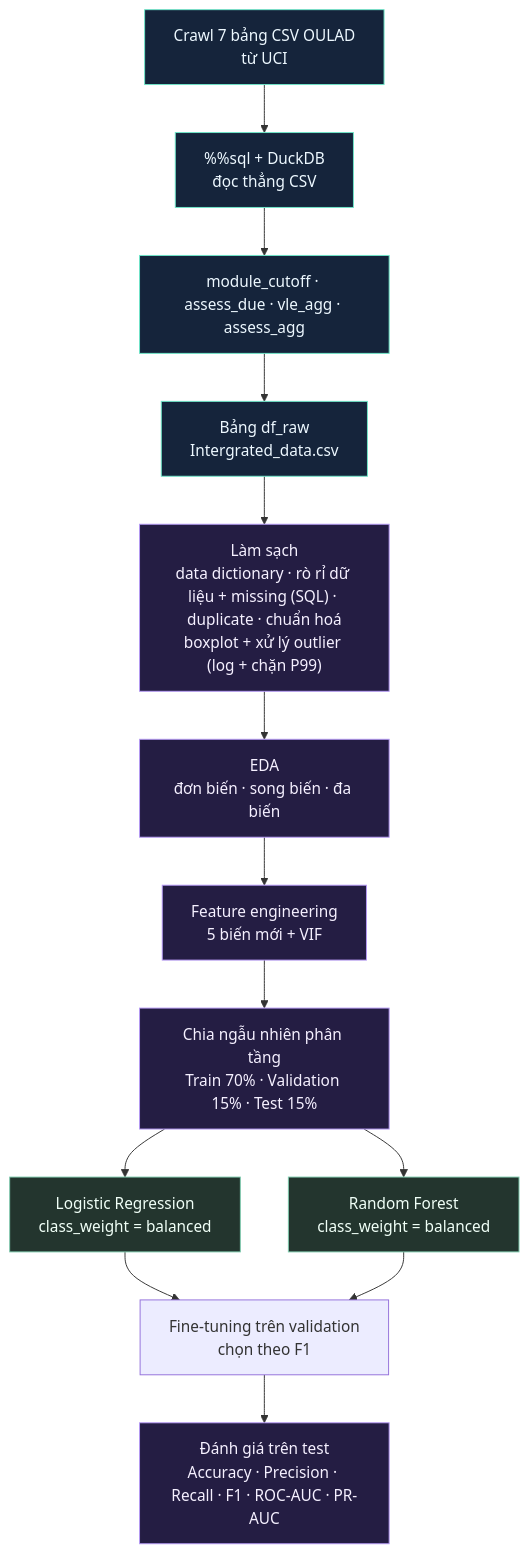
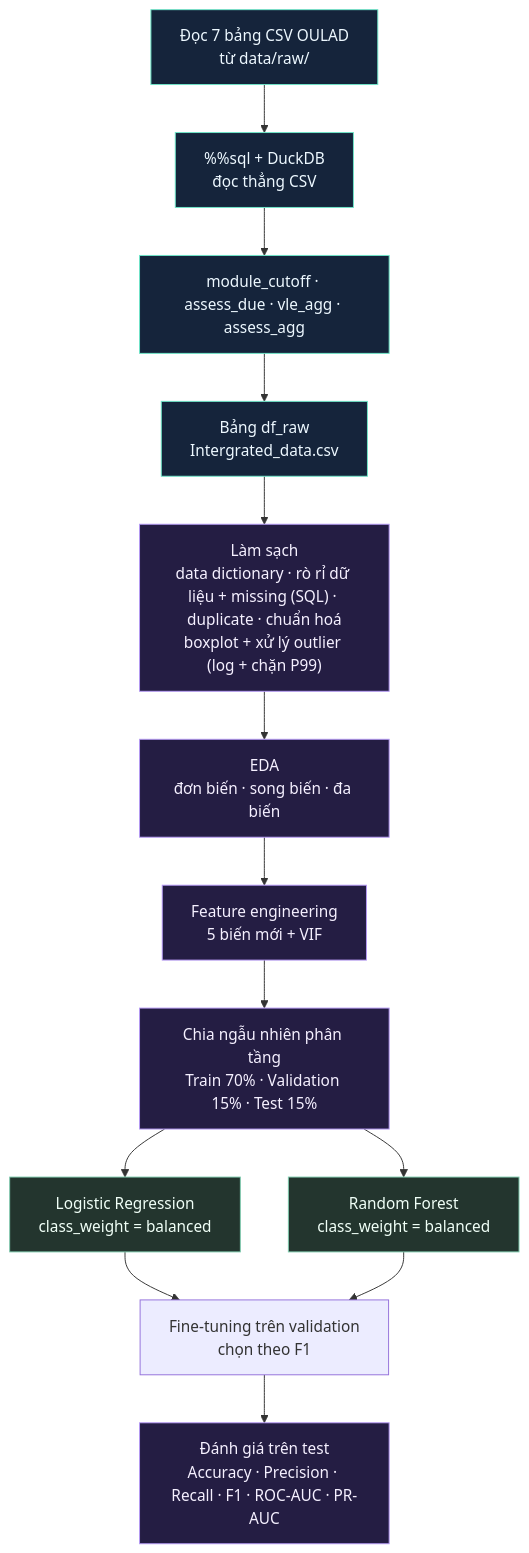
The diagram in README.md (NguyenAnh1421/Early-Warning-At-Risk-Students-OULAD), drawn with Mermaid before and after one commit. The commit also changed other lines of this file and 1 other file, not shown here.

Commit message:
Section 2.2: read data from local files instead of downloading from UCI

````diff
--- a/README.md
+++ b/README.md
@@ -88,22 +88,22 @@
 ```mermaid
 flowchart TD
-    A["Crawl 7 bảng CSV OULAD<br/>từ UCI"] --> B["%%sql + DuckDB<br/>đọc thẳng CSV"]
+    A["Đọc 7 bảng CSV OULAD<br/>từ data/raw/"] --> B["%%sql + DuckDB<br/>đọc thẳng CSV"]
     B --> C["module_cutoff · assess_due · vle_agg · assess_agg"]
     C --> D["Bảng df_raw<br/>Intergrated_data.csv"]
     D --> E["Làm sạch<br/>data dictionary · rò rỉ dữ liệu + missing (SQL) · duplicate · chuẩn hoá<br/>boxplot + xử lý outlier (log + chặn P99)"]
     E --> F["EDA<br/>đơn biến · song biến · đa biến"]
     F --> G["Feature engineering<br/>5 biến mới + VIF"]
     G --> H["Chia ngẫu nhiên phân tầng<br/>Train 70% · Validation 15% · Test 15%"]
     H --> I["Logistic Regression<br/>class_weight = balanced"]
     H --> J["Random Forest<br/>class_weight = balanced"]
     I --> T["Fine-tuning trên validation<br/>chọn theo F1"]
     J --> T
     T --> K["Đánh giá trên test<br/>Accuracy · Precision · Recall · F1 · ROC-AUC · PR-AUC"]
 
     classDef source fill:#15243b,stroke:#6ee7c9,color:#edf8ff;
     classDef analysis fill:#241d43,stroke:#b69af6,color:#f5f0ff;
     classDef model fill:#23352e,stroke:#80cdb0,color:#f0fff7;
     class A,B,C,D source;
     class E,F,G,H,K analysis;
     class I,J model;
 ```
````
